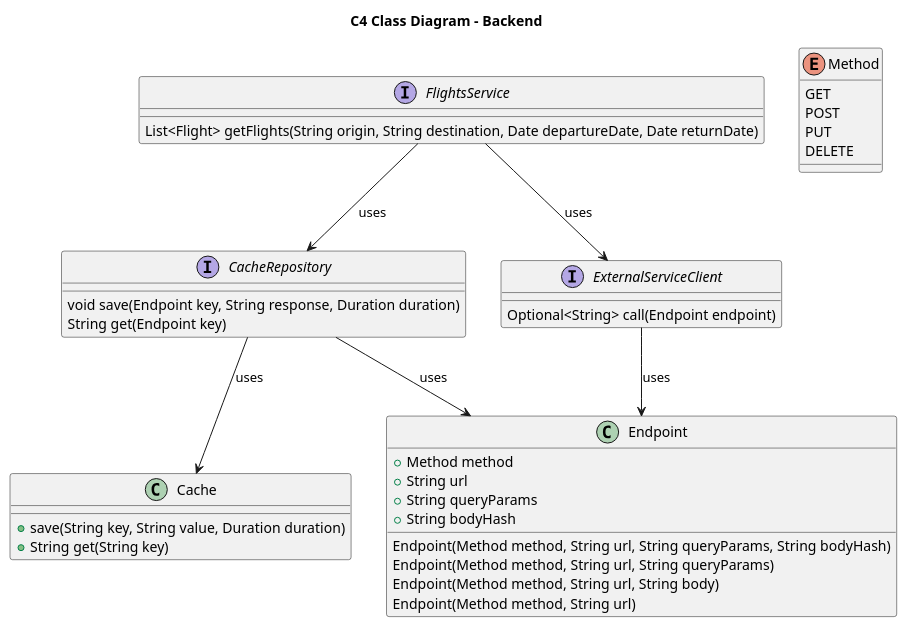
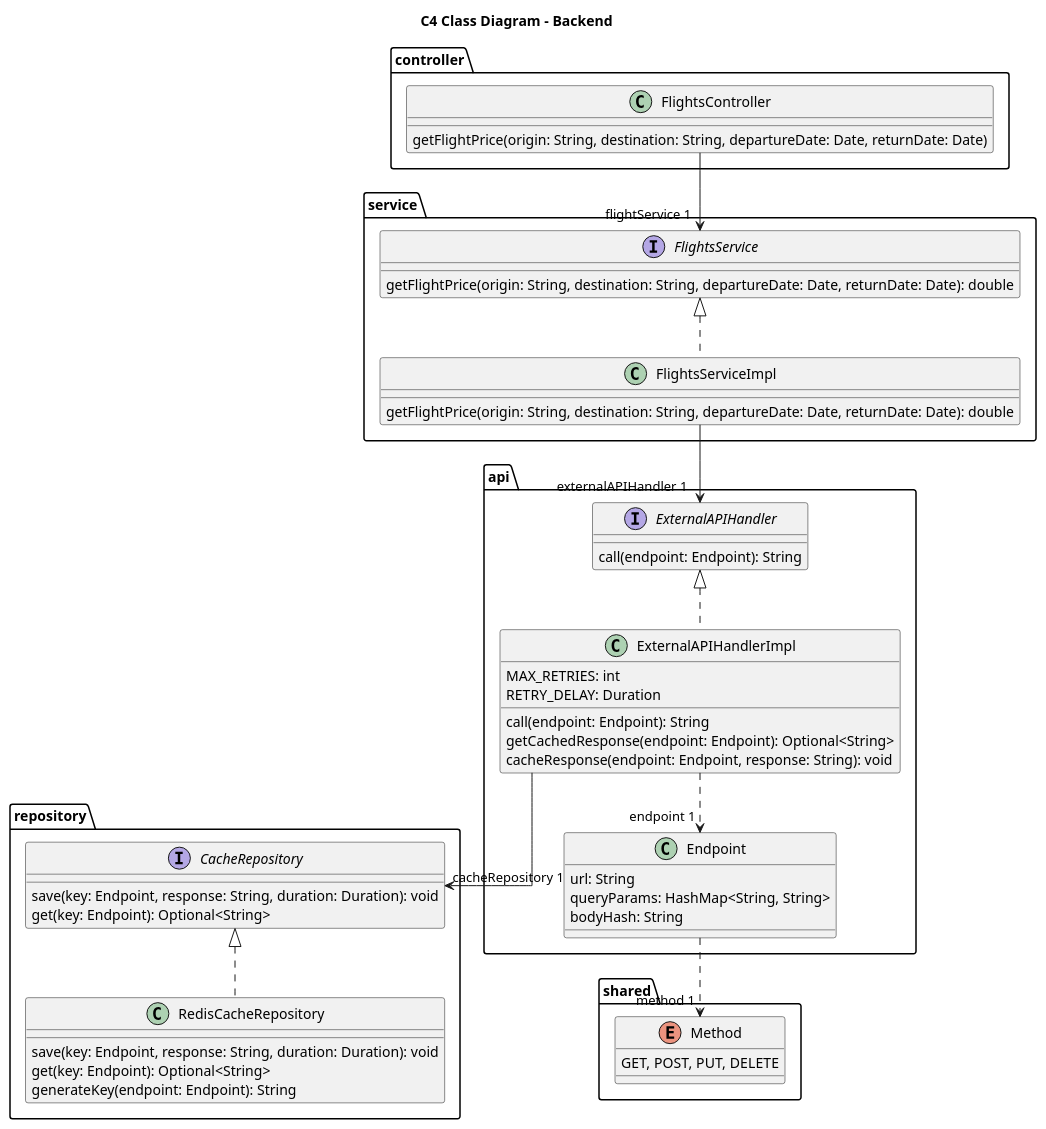
Before and after one commit to AIM-ENE-feb25/triptop-groep-4-jochem-roald-stijn-a: the second of 2 diagrams in opdrachten/Pressure cooker/Stijn.md, drawn with PlantUML. The commit also changed other lines of this file, not shown here.

Commit message:
opdracht aangepast

````diff
--- a/opdrachten/Pressure cooker/Stijn.md
+++ b/opdrachten/Pressure cooker/Stijn.md
@@ -117,47 +132,75 @@
 ```puml
+@startuml
 title C4 Class Diagram - Backend
 
-interface FlightsService {
-    List<Flight> getFlights(String origin, String destination, Date departureDate, Date returnDate)
+'hide circle
+skinparam linetype ortho
+
+top to bottom direction
+
+package "controller" {
+    class FlightsController {
+        getFlightPrice(origin: String, destination: String, departureDate: Date, returnDate: Date)
+    }
 }
 
-interface CacheRepository {
-    void save(Endpoint key, String response, Duration duration)
-    String get(Endpoint key)
+package "service" {
+    interface FlightsService {
+        getFlightPrice(origin: String, destination: String, departureDate: Date, returnDate: Date): double
+    }
+
+    class FlightsServiceImpl {
+        getFlightPrice(origin: String, destination: String, departureDate: Date, returnDate: Date): double
+    }
 }
 
-class Endpoint {
-    +Method method
-    +String url
-    +String queryParams
-    +String bodyHash
-    Endpoint(Method method, String url, String queryParams, String bodyHash)
-    Endpoint(Method method, String url, String queryParams)
-    Endpoint(Method method, String url, String body)
-    Endpoint(Method method, String url)
+package "api" {
+    interface ExternalAPIHandler {
+        call(endpoint: Endpoint): String
+    }
+
+    class ExternalAPIHandlerImpl {
+        MAX_RETRIES: int
+        RETRY_DELAY: Duration
+        call(endpoint: Endpoint): String
+        getCachedResponse(endpoint: Endpoint): Optional<String>
+        cacheResponse(endpoint: Endpoint, response: String): void
+    }
+
+    class Endpoint {
+        url: String
+        queryParams: HashMap<String, String>
+        bodyHash: String
+    }
 }
 
-enum Method {
-    GET
-    POST
-    PUT
-    DELETE
+package "repository" {
+    interface CacheRepository {
+        save(key: Endpoint, response: String, duration: Duration): void
+        get(key: Endpoint): Optional<String>
+    }
+
+    class RedisCacheRepository {
+        save(key: Endpoint, response: String, duration: Duration): void
+        get(key: Endpoint): Optional<String>
+        generateKey(endpoint: Endpoint): String
+    }
 }
 
-interface ExternalServiceClient {
-    Optional<String> call(Endpoint endpoint)
+package "shared" {
+    enum Method {
+        GET, POST, PUT, DELETE
+    }
 }
 
-class Cache {
-    +save(String key, String value, Duration duration)
-    +String get(String key)
-}
-
-FlightsService --> ExternalServiceClient : uses
-FlightsService --> CacheRepository : uses
-CacheRepository --> Cache : uses
-CacheRepository --> Endpoint : uses
-ExternalServiceClient --> Endpoint : uses
+FlightsController --> "flightService 1" FlightsService
+FlightsServiceImpl .u.|> FlightsService
+FlightsServiceImpl --> "externalAPIHandler 1" ExternalAPIHandler
+ExternalAPIHandlerImpl .u.|> ExternalAPIHandler
+ExternalAPIHandlerImpl --> "cacheRepository 1" CacheRepository
+RedisCacheRepository .u.|> CacheRepository
+ExternalAPIHandlerImpl ..> "endpoint 1" Endpoint
+Endpoint ..> "method 1" Method
 
 @enduml
 ```
````
